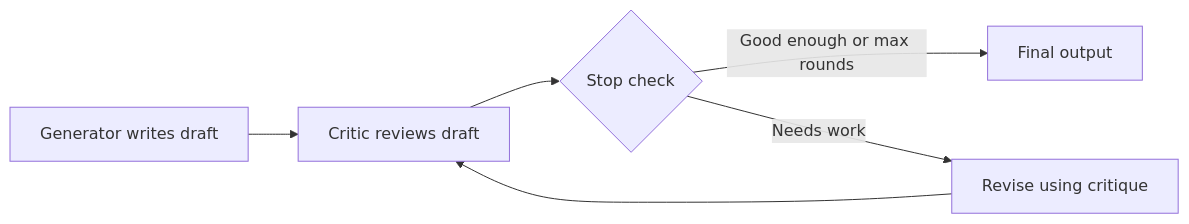
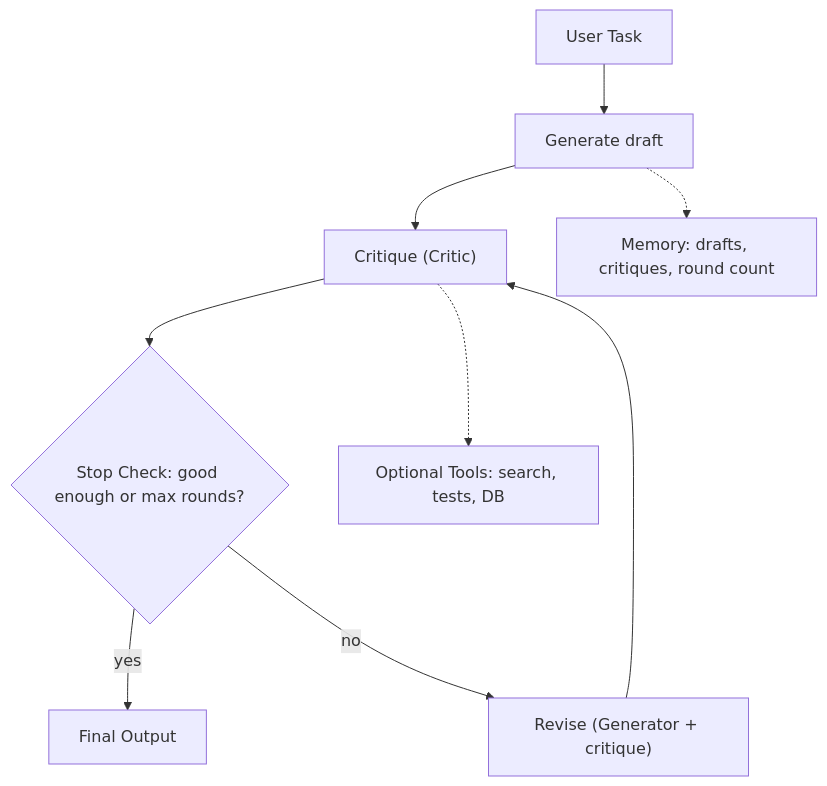
One commit to kaisarnajar/outcome-school-blogs changed the first of 2 diagrams in notes/step-10-ai-agents-and-agentic-systems/124-reflection-agent.md. Above: the diagram before and after it, drawn with Mermaid. The commit also changed other lines of this file and 233 other files, not shown here.

````diff
--- a/notes/step-10-ai-agents-and-agentic-systems/124-reflection-agent.md
+++ b/notes/step-10-ai-agents-and-agentic-systems/124-reflection-agent.md
@@ -44,8 +48,11 @@
 ```mermaid
-flowchart LR
-    G["Generator writes draft"] --> C["Critic reviews draft"]
-    C --> S{"Stop check"}
-    S -->|"Good enough or max rounds"| O["Final output"]
-    S -->|"Needs work"| R["Revise using critique"]
+flowchart TD
+    T["User Task"] --> G["Generate draft"]
+    G --> C["Critique (Critic)"]
+    C --> S{"Stop Check: good enough or max rounds?"}
+    S -->|"yes"| O["Final Output"]
+    S -->|"no"| R["Revise (Generator + critique)"]
     R --> C
+    C -.-> TL["Optional Tools: search, tests, DB"]
+    G -.-> M["Memory: drafts, critiques, round count"]
 ```
````
